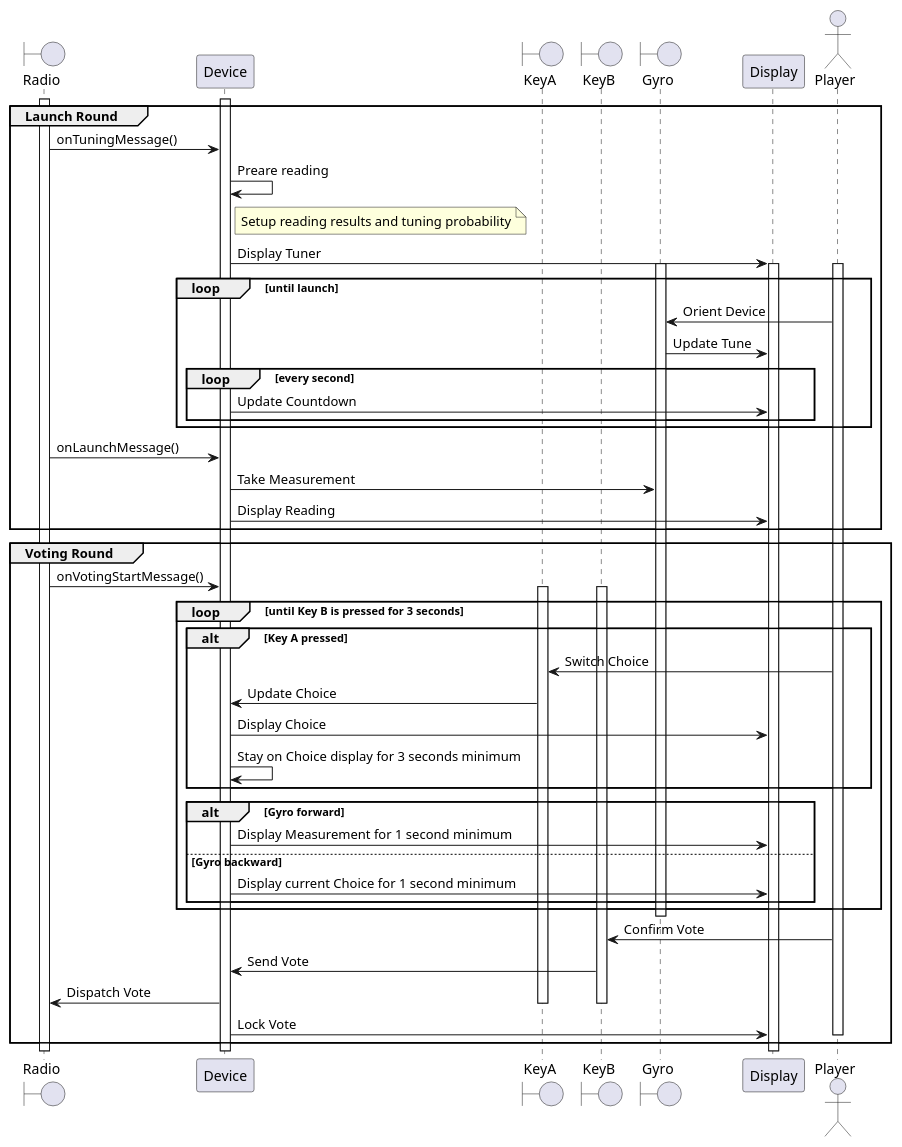
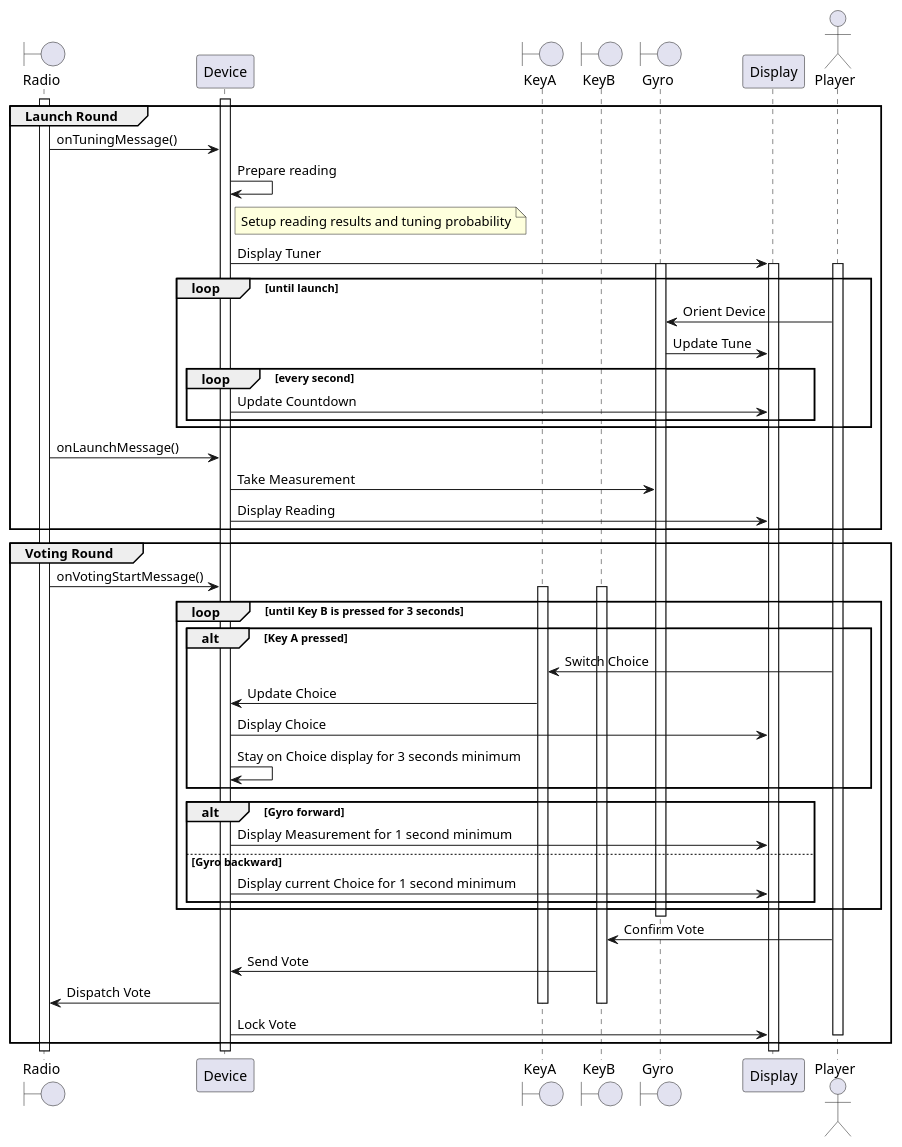
One commit to CMCRobotics/the-detector-is-you changed the diagram in docs/diagrams/sequences/measurement.puml. Above: the diagram before and after it, drawn with PlantUML. The commit also changed 1 other file, not shown here.

Commit message:
Add state diagram draft

```diff
--- a/docs/diagrams/sequences/measurement.puml
+++ b/docs/diagrams/sequences/measurement.puml
@@ -1,74 +1,74 @@
 @startuml Device
 
 boundary Radio as RD
 
 participant Device as DV
 
 boundary KeyA as KA
 boundary KeyB as KB
 
 boundary Gyro as GY
 
 participant Display as DP
 actor Player as PL
 
 activate DV
 
 group Launch Round
 
   activate RD
   RD -> DV : onTuningMessage()
-  DV -> DV : Preare reading
+  DV -> DV : Prepare reading
   note right DV
    Setup reading results and tuning probability
   end note
   
   DV -> DP : Display Tuner
   activate DP
   activate GY
 
   activate PL
 
   loop until launch
     PL -> GY : Orient Device
     GY -> DP : Update Tune
     loop every second
       DV -> DP : Update Countdown
     end
   end
 
   RD -> DV : onLaunchMessage()
   DV -> GY : Take Measurement
   DV -> DP : Display Reading
 
 end
 
 group Voting Round
   RD -> DV : onVotingStartMessage()
 
   activate KA 
   activate KB
   loop until Key B is pressed for 3 seconds
     alt Key A pressed
       PL -> KA : Switch Choice
       KA -> DV : Update Choice
       DV -> DP : Display Choice
       DV -> DV : Stay on Choice display for 3 seconds minimum
     end
     alt Gyro forward
       DV -> DP : Display Measurement for 1 second minimum
     else Gyro backward
       DV -> DP : Display current Choice for 1 second minimum
     end
   end
   deactivate GY
   PL -> KB : Confirm Vote
   KB -> DV : Send Vote
   DV -> RD : Dispatch Vote
   deactivate KA
   deactivate KB
   DV -> DP : Lock Vote
   deactivate PL
 end
 
 @enduml
```
